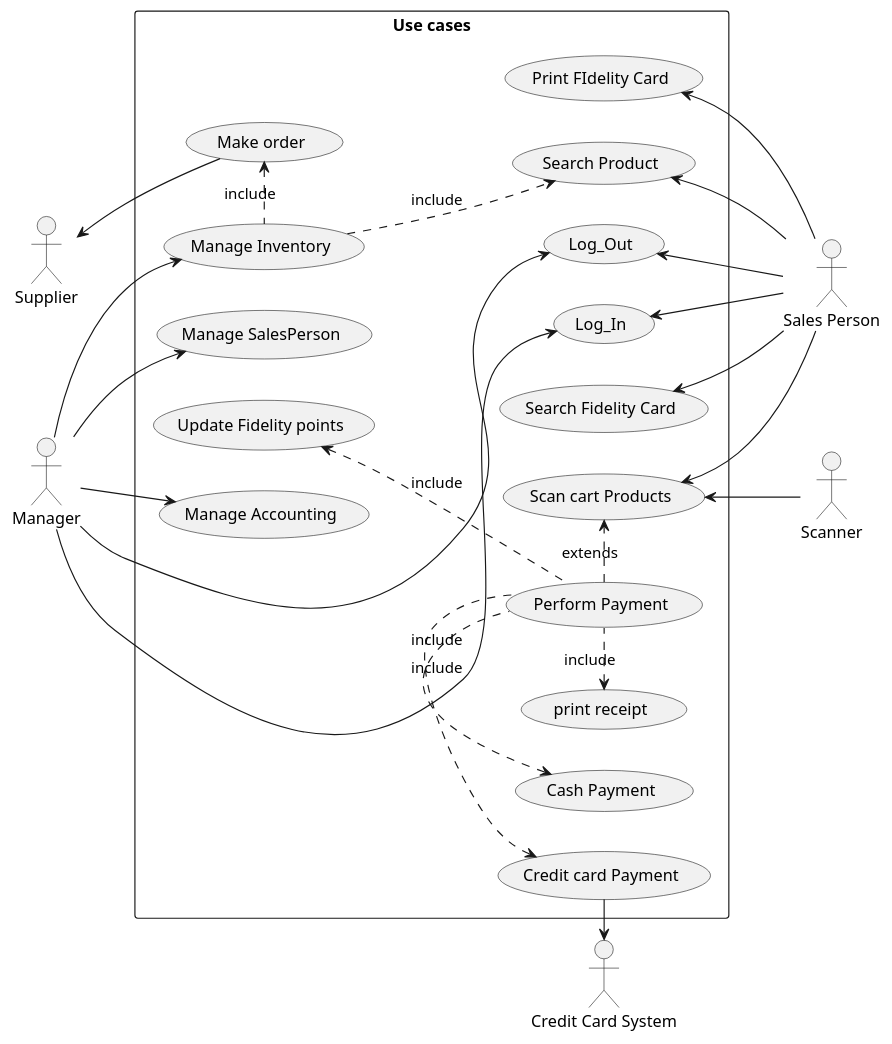
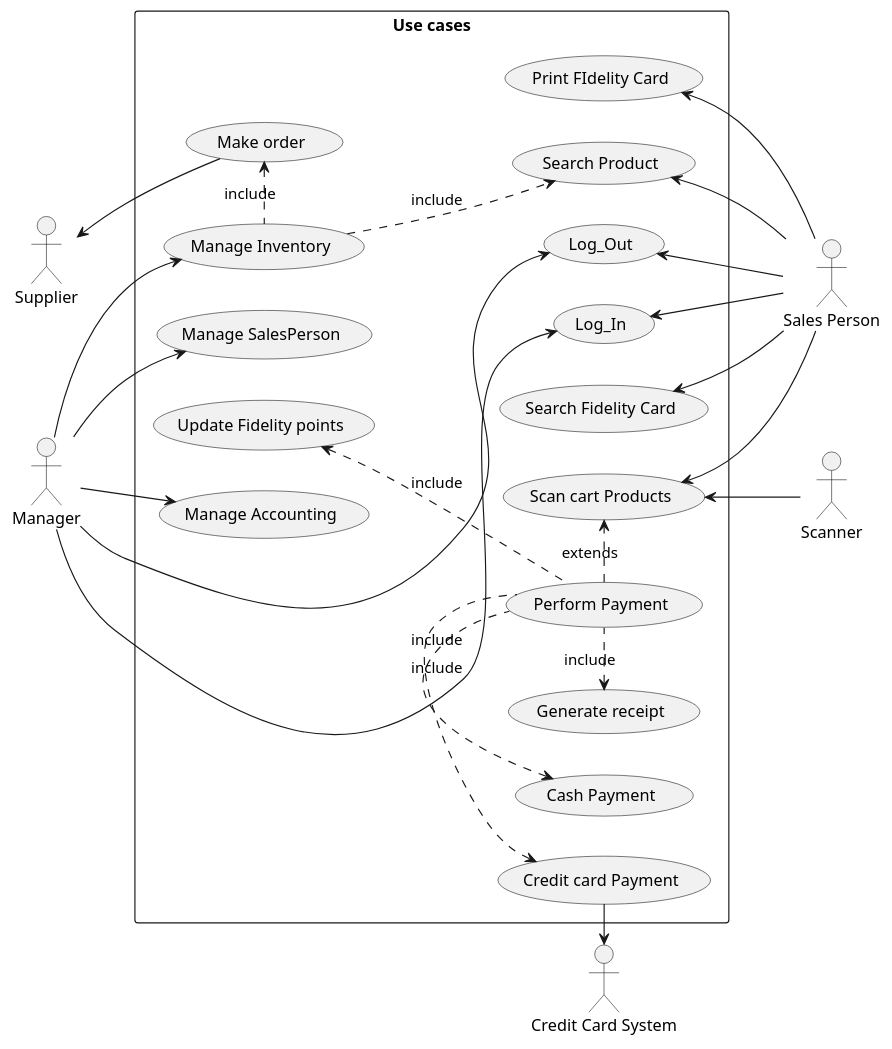
The second of 5 diagrams in Deliverables/RequirementsDocument.md (zitabou/EZShop), drawn with PlantUML before and after one commit. The commit also changed other lines of this file, not shown here.

```diff
--- a/Deliverables/RequirementsDocument.md
+++ b/Deliverables/RequirementsDocument.md
@@ -226,7 +226,7 @@
 
 usecase "Search Product" as si
 usecase "Scan cart Products" as scan
-usecase "print receipt" as pr
+usecase "Generate receipt" as pr
 usecase "Print FIdelity Card" as pfc
 usecase "Update Fidelity points" as ufp
 usecase "Search Fidelity Card" as sfc
```
